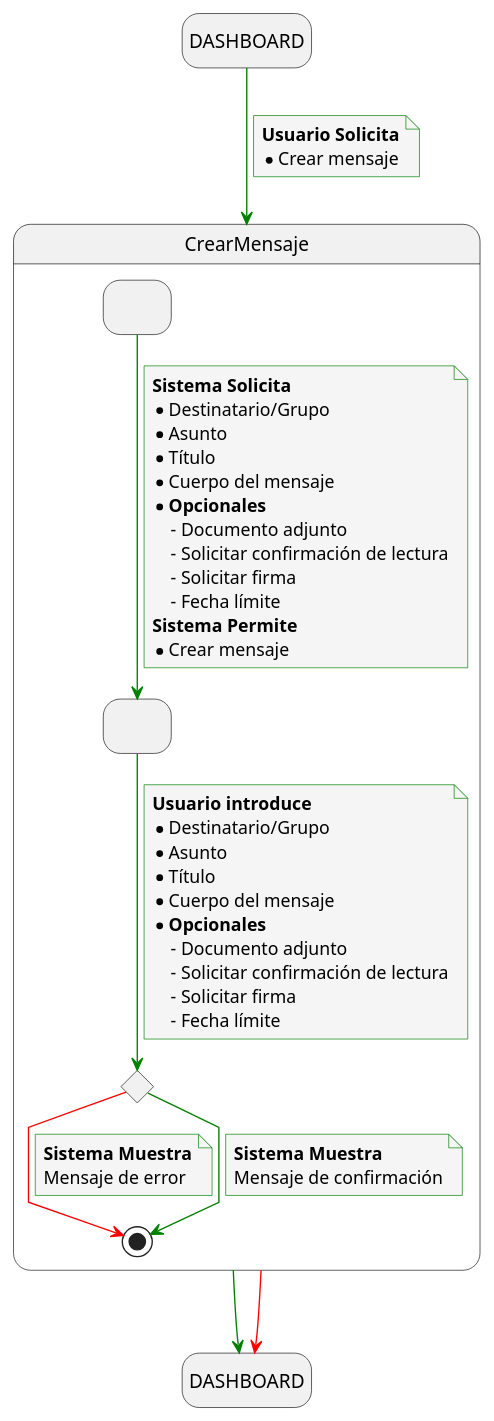
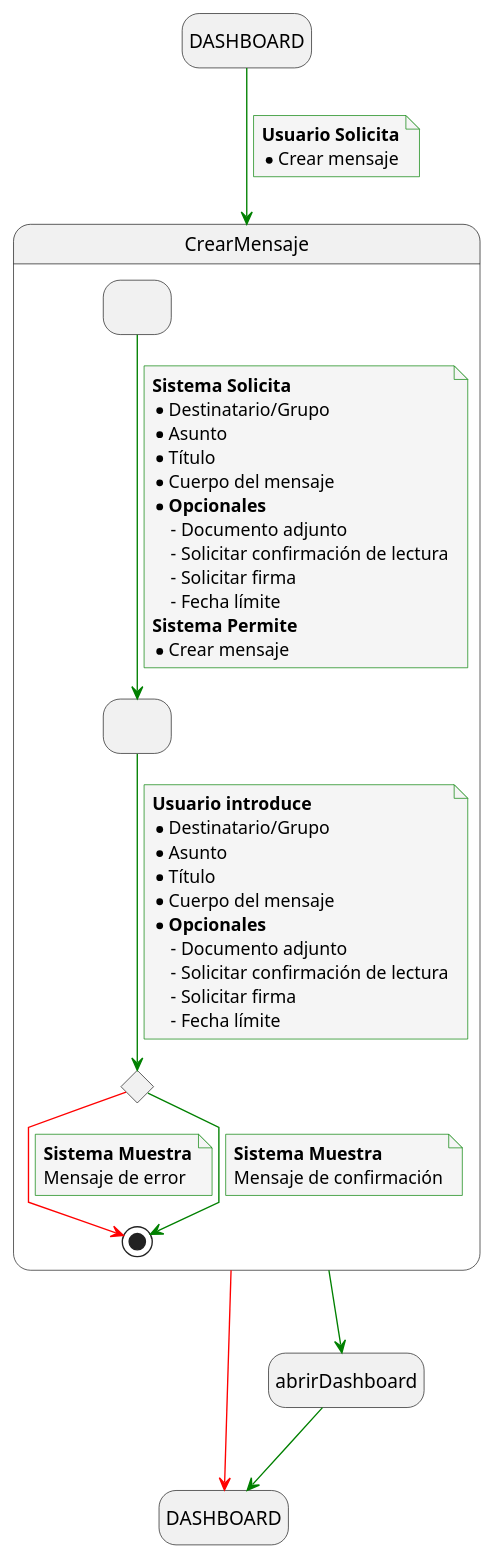
Before and after one commit to mmasias/24-25-IdSw1-SDR: the diagram in docs/casosDeUso/detalladoCasosDeUso/detalladoEnvioMensajes/detalladoCreacionMensaje.puml, drawn with PlantUML. The commit also changed 17 other files, not shown here.

Commit message:
Actualizar diagramas de casos de uso para redirigir a abrirDashboard y corregir transiciones de estado

```diff
--- a/docs/casosDeUso/detalladoCasosDeUso/detalladoEnvioMensajes/detalladoCreacionMensaje.puml
+++ b/docs/casosDeUso/detalladoCasosDeUso/detalladoEnvioMensajes/detalladoCreacionMensaje.puml
@@ -1,72 +1,73 @@
 @startuml crear_mensaje
 
 skinparam {
   NoteBackgroundColor #whiteSmoke
   ArrowColor #green
   NoteBorderColor #green
   linetype polyline
 }
 
 hide empty description
 
 state startState as "DASHBOARD"
 state endState as "DASHBOARD"
 
 startState --> CrearMensaje
 note on link
     <b>Usuario Solicita</b>
     * Crear mensaje
 end note
 
-CrearMensaje --> endState
+CrearMensaje --> abrirDashboard
+abrirDashboard --> endState
 CrearMensaje -[#red]-> endState
 
 state CrearMensaje{
     state solicitudFiltros as " "
     state envioFiltros as " "
     state revisionFiltrosEnviados <<choice>>
 
     solicitudFiltros --> envioFiltros
     note on link
         <b>Sistema Solicita</b>
         * Destinatario/Grupo
         * Asunto
         * Título
         * Cuerpo del mensaje
         * <b>Opcionales</b>
             - Documento adjunto
             - Solicitar confirmación de lectura
             - Solicitar firma
             - Fecha límite
         <b>Sistema Permite</b>
         * Crear mensaje
     end note
 
     envioFiltros --> revisionFiltrosEnviados
     note on link
         <b>Usuario introduce</b>
         * Destinatario/Grupo
         * Asunto
         * Título
         * Cuerpo del mensaje
         * <b>Opcionales</b>
             - Documento adjunto
             - Solicitar confirmación de lectura
             - Solicitar firma
             - Fecha límite
     end note
 
     revisionFiltrosEnviados -[#red]-> [*]
     note on link
         <b>Sistema Muestra</b>
         Mensaje de error
     end note
 
     revisionFiltrosEnviados --> [*]
     note on link
         <b>Sistema Muestra</b>
         Mensaje de confirmación
     end note
 }
 
 @enduml
```
